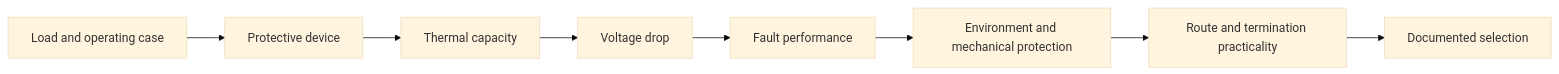
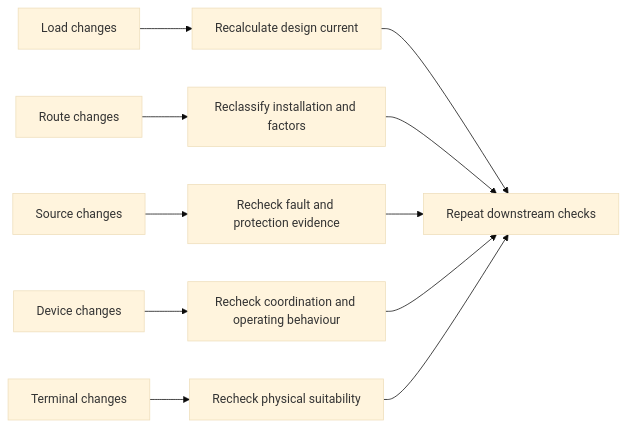
The second of 2 diagrams in docs/learning-plans/4-week/modules/day-09-complete-cable-selection-workflow.md (andrew3stedall/capstone), drawn with Mermaid (base theme) before and after one commit. The commit also changed other lines of this file, not shown here.

Commit message:
Improve Day 9 cable-selection learning module

````diff
--- a/docs/learning-plans/4-week/modules/day-09-complete-cable-selection-workflow.md
+++ b/docs/learning-plans/4-week/modules/day-09-complete-cable-selection-workflow.md
@@ -198,10 +152,13 @@
 ```mermaid
 flowchart LR
-    L["Load and operating case"] --> P["Protective device"]
-    P --> T["Thermal capacity"]
-    T --> V["Voltage drop"]
-    V --> F["Fault performance"]
-    F --> E["Environment and mechanical protection"]
-    E --> R["Route and termination practicality"]
-    R --> D["Documented selection"]
+    L[Load changes] --> A[Recalculate design current]
+    R[Route changes] --> B[Reclassify installation and factors]
+    S[Source changes] --> C[Recheck fault and protection evidence]
+    D[Device changes] --> E[Recheck coordination and operating behaviour]
+    T[Terminal changes] --> F[Recheck physical suitability]
+    A --> G[Repeat downstream checks]
+    B --> G
+    C --> G
+    E --> G
+    F --> G
 ```
````
